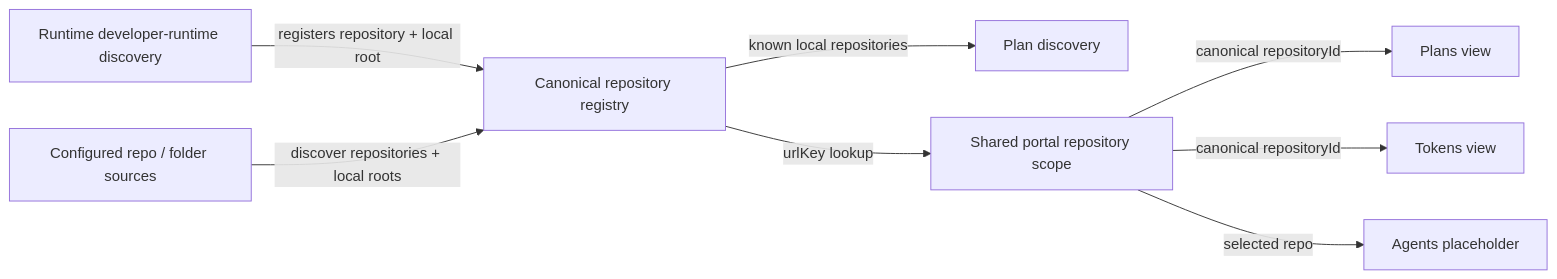
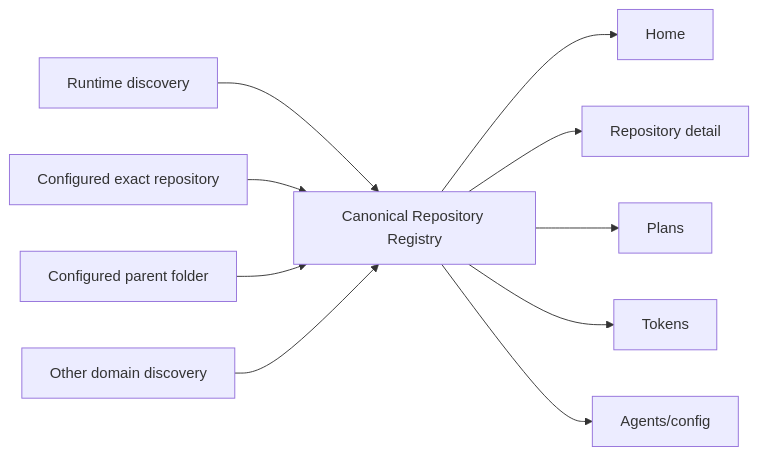
One commit to kirinmurphy/roborepo changed the diagram in docs/plans/backlog/portal-repository-scope.md. Above: the diagram before and after it, drawn with Mermaid. The commit also changed other lines of this file and 1 other file, not shown here.

Commit message:
canonical and homepage repository updates

````diff
--- a/docs/plans/backlog/portal-repository-scope.md
+++ b/docs/plans/backlog/portal-repository-scope.md
@@ -75,10 +82,12 @@
 ```mermaid
 flowchart LR
-  Runtime["Runtime developer-runtime discovery"] -->|registers repository + local root| Registry["Canonical repository registry"]
-  Sources["Configured repo / folder sources"] -->|discover repositories + local roots| Registry
-  Registry -->|known local repositories| Plans["Plan discovery"]
-  Registry -->|urlKey lookup| Scope["Shared portal repository scope"]
-  Scope -->|canonical repositoryId| PlansView["Plans view"]
-  Scope -->|canonical repositoryId| TokensView["Tokens view"]
-  Scope -->|selected repo| AgentsView["Agents placeholder"]
+  Runtime["Runtime discovery"] --> Registry["Canonical Repository Registry"]
+  Repo["Configured exact repository"] --> Registry
+  Folder["Configured parent folder"] --> Registry
+  Other["Other domain discovery"] --> Registry
+  Registry --> Home["Home"]
+  Registry --> Detail["Repository detail"]
+  Registry --> Plans["Plans"]
+  Registry --> Tokens["Tokens"]
+  Registry --> Agents["Agents/config"]
 ```
````
